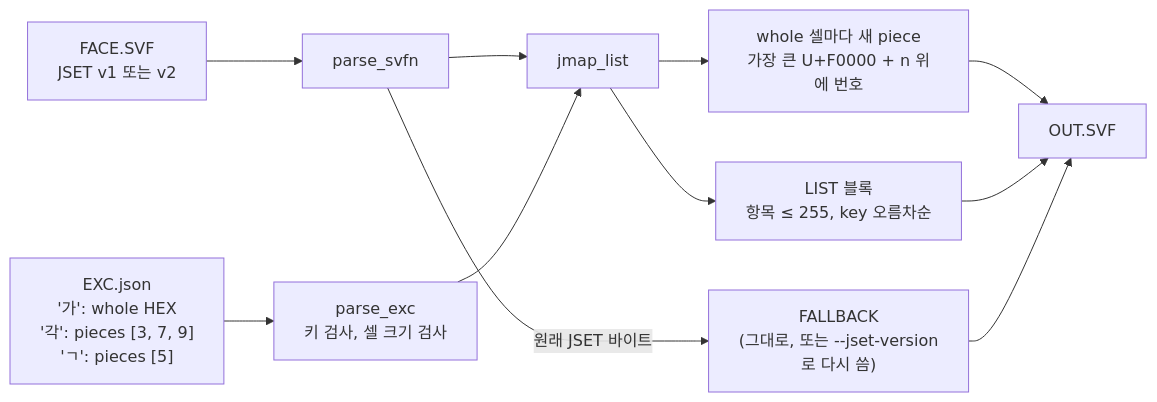
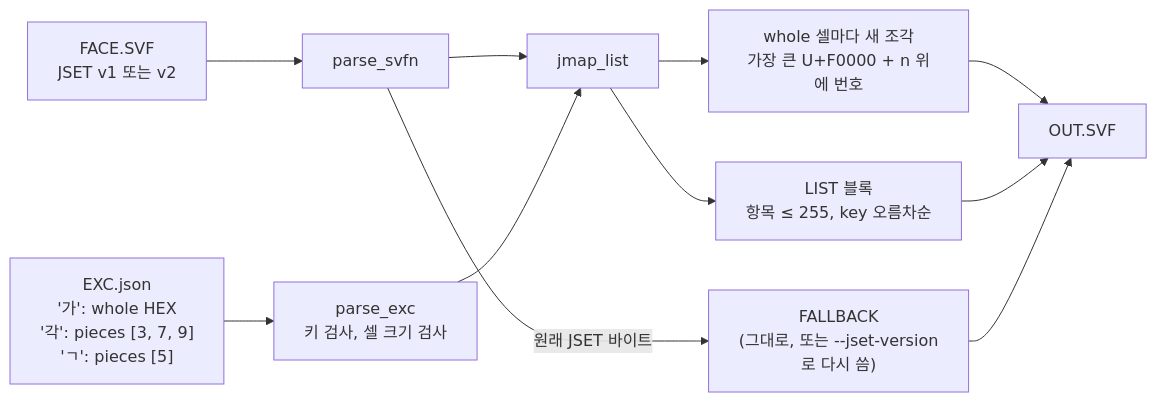
One commit to TaehyunKimLL/svf-fonts-open changed diagram 19 of 27 in docs/jamo-sets.ko.md. Above: the diagram before and after it, drawn with Mermaid. The commit also changed other lines of this file and 3 other files, not shown here.

````diff
--- a/docs/jamo-sets.ko.md
+++ b/docs/jamo-sets.ko.md
@@ -888,13 +893,13 @@
 ```mermaid
 flowchart LR
   F["FACE.SVF<br/>JSET v1 또는 v2"] --> P["parse_svfn"]
   E["EXC.json<br/>'가': whole HEX<br/>'각': pieces [3, 7, 9]<br/>'ㄱ': pieces [5]"] --> X["parse_exc<br/>키 검사, 셀 크기 검사"]
   P --> L["jmap_list"]
   X --> L
-  L --> W["whole 셀마다 새 piece<br/>가장 큰 U+F0000 + n 위에 번호"]
+  L --> W["whole 셀마다 새 조각<br/>가장 큰 U+F0000 + n 위에 번호"]
   L --> B["LIST 블록<br/>항목 ≤ 255, key 오름차순"]
   P -->|"원래 JSET 바이트"| FB["FALLBACK<br/>(그대로, 또는 --jset-version로 다시 씀)"]
   W --> O["OUT.SVF"]
   B --> O
   FB --> O
 ```
````
